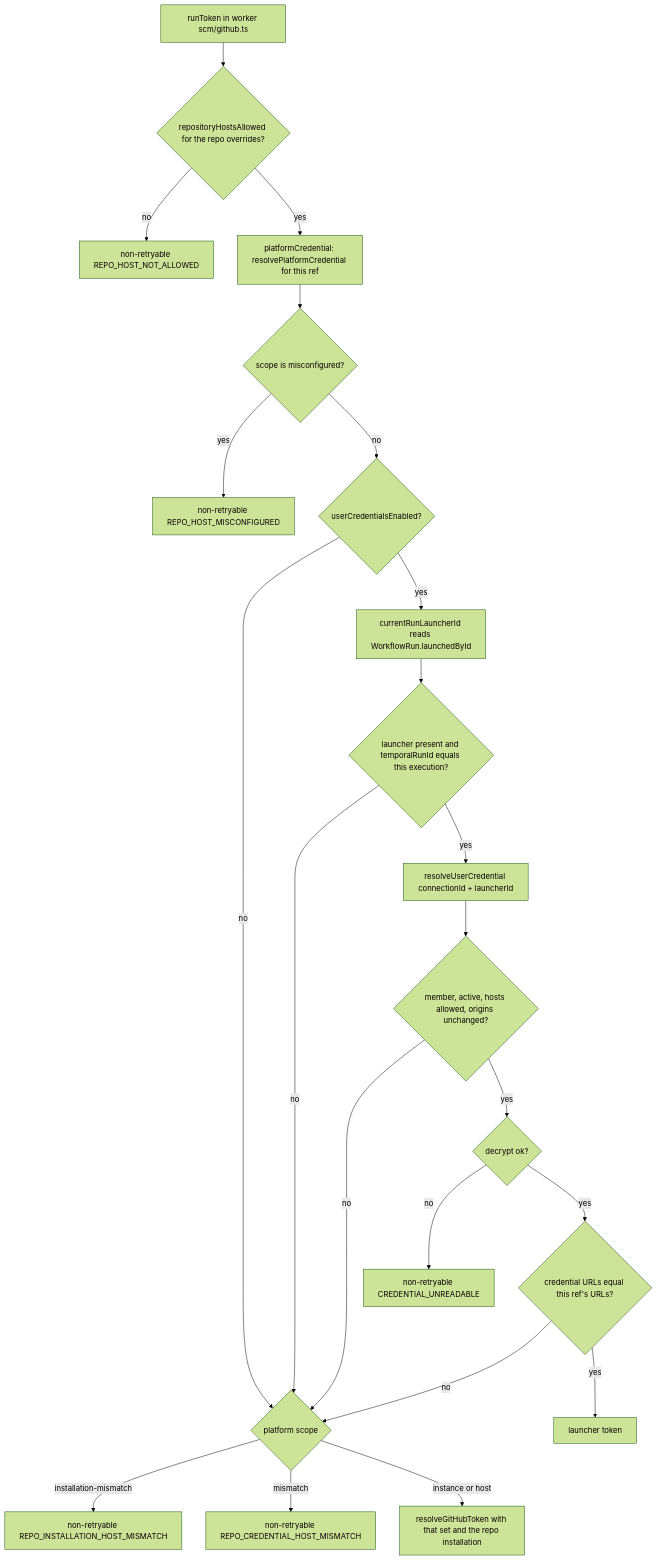
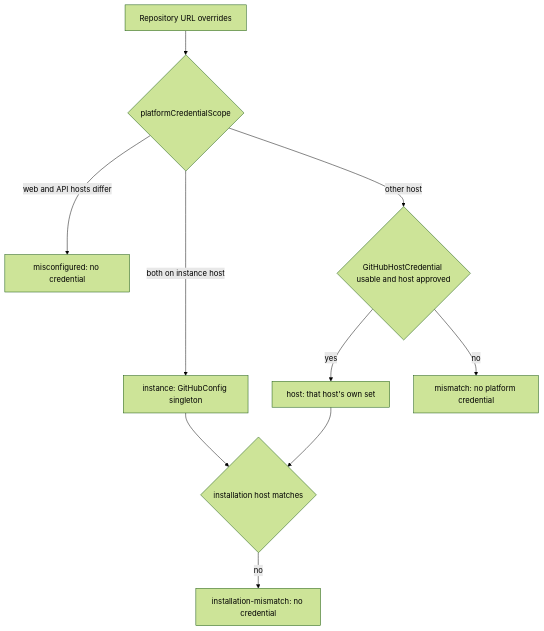
One commit to yorch/auto-swe changed the diagram in wiki/3.4-repository-access-and-credentials.md. Above: the diagram before and after it, drawn with Mermaid (forest theme). The commit also changed other lines of this file and 30 other files, not shown here.

````diff
--- a/wiki/3.4-repository-access-and-credentials.md
+++ b/wiki/3.4-repository-access-and-credentials.md
@@ -189,24 +51,12 @@
 ```mermaid
 flowchart TD
-    S[runToken in worker scm/github.ts] --> H{repositoryHostsAllowed for the repo overrides?}
-    H -- no --> F1[non-retryable REPO_HOST_NOT_ALLOWED]
-    H -- yes --> K[platformCredential: resolvePlatformCredential for this ref]
-    K --> Z{scope is misconfigured?}
-    Z -- yes --> F2[non-retryable REPO_HOST_MISCONFIGURED]
-    Z -- no --> P{userCredentialsEnabled?}
-    P -- no --> PS
-    P -- yes --> L[currentRunLauncherId reads WorkflowRun.launchedById]
-    L --> N{launcher present and temporalRunId equals this execution?}
-    N -- no --> PS
-    N -- yes --> R[resolveUserCredential connectionId + launcherId]
-    R --> C{member, active, hosts allowed, origins unchanged?}
-    C -- no --> PS
-    C -- yes --> D{decrypt ok?}
-    D -- no --> F3[non-retryable CREDENTIAL_UNREADABLE]
-    D -- yes --> M{credential URLs equal this ref's URLs?}
-    M -- no --> PS
-    M -- yes --> U[launcher token]
-    PS{platform scope} -- installation-mismatch --> F4[non-retryable REPO_INSTALLATION_HOST_MISMATCH]
-    PS -- mismatch --> F5[non-retryable REPO_CREDENTIAL_HOST_MISMATCH]
-    PS -- instance or host --> T[resolveGitHubToken with that set and the repo installation]
+  R[Repository URL overrides] --> S{platformCredentialScope}
+  S -->|both on instance host| I[instance: GitHubConfig singleton]
+  S -->|web and API hosts differ| M[misconfigured: no credential]
+  S -->|other host| L{GitHubHostCredential usable and host approved}
+  L -->|yes| H[host: that host's own set]
+  L -->|no| X[mismatch: no platform credential]
+  I --> C{installation host matches}
+  H --> C
+  C -->|no| N[installation-mismatch: no credential]
 ```
````
